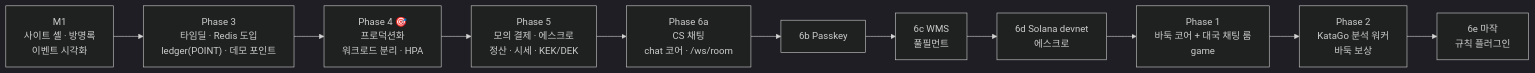
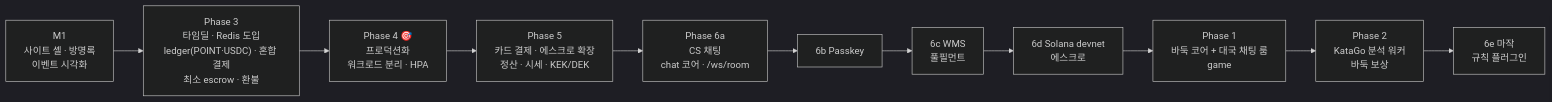
One commit to 1985jwlee/portpolio_backend changed the first of 11 diagrams in docs/design/phases/00-platform-evolution.md. Above: the diagram before and after it, drawn with Mermaid (dark theme). The commit also changed other lines of this file and 50 other files, not shown here.

````diff
--- a/docs/design/phases/00-platform-evolution.md
+++ b/docs/design/phases/00-platform-evolution.md
@@ -65,13 +65,13 @@
 ```mermaid
 flowchart LR
-    M1["M1<br/>사이트 셸 · 방명록<br/>이벤트 시각화"] --> P3["Phase 3<br/>타임딜 · Redis 도입<br/>ledger(POINT) · 데모 포인트"]
+    M1["M1<br/>사이트 셸 · 방명록<br/>이벤트 시각화"] --> P3["Phase 3<br/>타임딜 · Redis 도입<br/>ledger(POINT·USDC) · 혼합 결제<br/>최소 escrow · 환불"]
     P3 --> P4["Phase 4 🎯<br/>프로덕션화<br/>워크로드 분리 · HPA"]
-    P4 --> P5["Phase 5<br/>모의 결제 · 에스크로<br/>정산 · 시세 · KEK/DEK"]
+    P4 --> P5["Phase 5<br/>카드 결제 · 에스크로 확장<br/>정산 · 시세 · KEK/DEK"]
     P5 --> P6a["Phase 6a<br/>CS 채팅<br/>chat 코어 · /ws/room"]
     P6a --> P6b["6b Passkey"]
     P6b --> P6c["6c WMS<br/>풀필먼트"]
     P6c --> P6d["6d Solana devnet<br/>에스크로"]
     P6d --> P1["Phase 1<br/>바둑 코어 + 대국 채팅 룸<br/>game"]
     P1 --> P2["Phase 2<br/>KataGo 분석 워커<br/>바둑 보상"]
     P2 --> P6e["6e 마작<br/>규칙 플러그인"]
 ```
````
